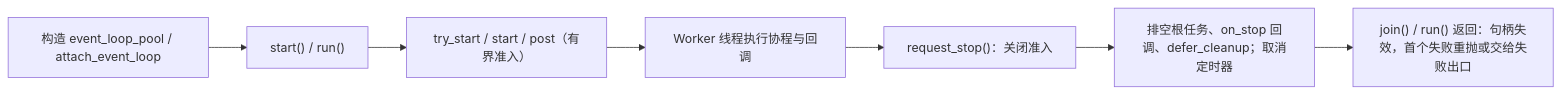
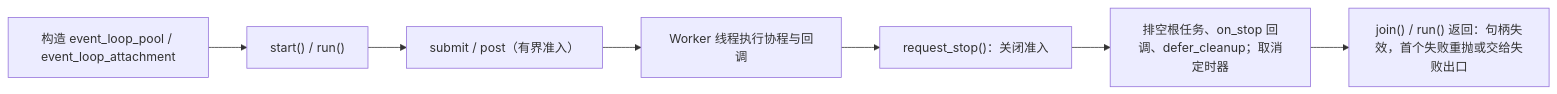
Before and after one commit to hyird/Ruvia: the first of 2 diagrams in doc/ruvia-core.md, drawn with Mermaid. The commit also changed other lines of this file and 375 other files, not shown here.

````diff
--- a/doc/ruvia-core.md
+++ b/doc/ruvia-core.md
@@ -108,9 +108,9 @@
 ```mermaid
 flowchart LR
-    build["构造 event_loop_pool / attach_event_loop"] --> start["start() / run()"]
-    start --> admit["try_start / start / post（有界准入）"]
+    build["构造 event_loop_pool / event_loop_attachment"] --> start["start() / run()"]
+    start --> admit["submit / post（有界准入）"]
     admit --> work["Worker 线程执行协程与回调"]
     work --> stop["request_stop()：关闭准入"]
     stop --> drain["排空根任务、on_stop 回调、defer_cleanup；取消定时器"]
     drain --> join["join() / run() 返回：句柄失效，首个失败重抛或交给失败出口"]
 ```
````
